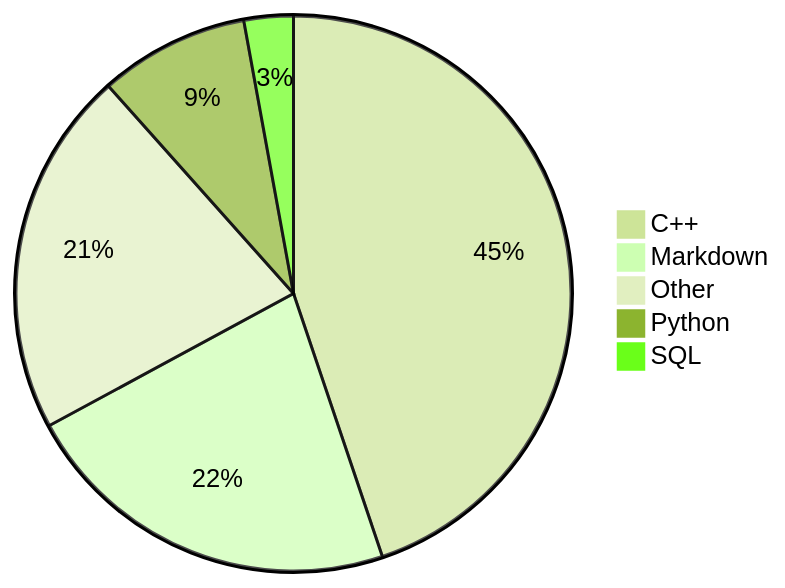
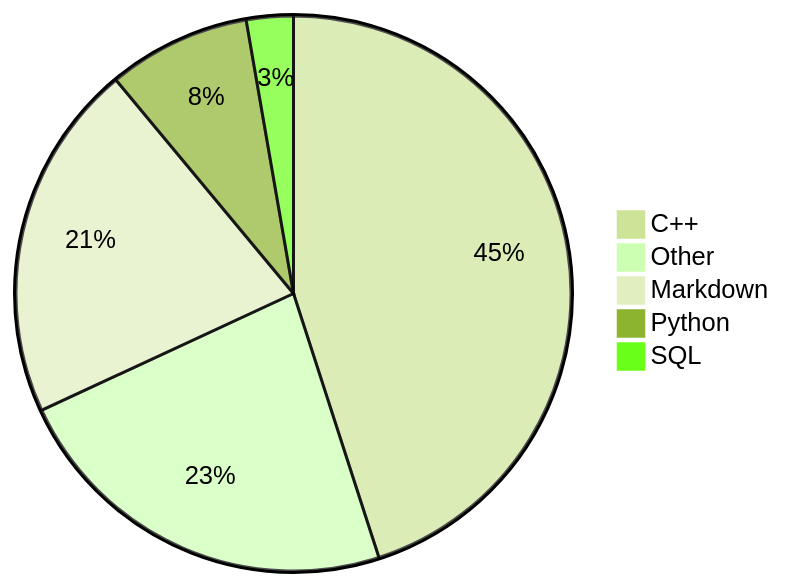
Before and after one commit to Alicia111/alicia111: the diagram in README.md, drawn with Mermaid (forest theme).

Commit message:
Update WakaTime stats (・ω・)b

````diff
--- a/README.md
+++ b/README.md
@@ -32,8 +32,8 @@
 ```mermaid
 pie
-    "C++" : 44.81
-    "Markdown" : 22.29
-    "Other" : 21.3
-    "Python" : 8.72
-    "SQL" : 2.87
+    "C++" : 45.02
+    "Other" : 23.07
+    "Markdown" : 20.87
+    "Python" : 8.31
+    "SQL" : 2.73
 ```
````
